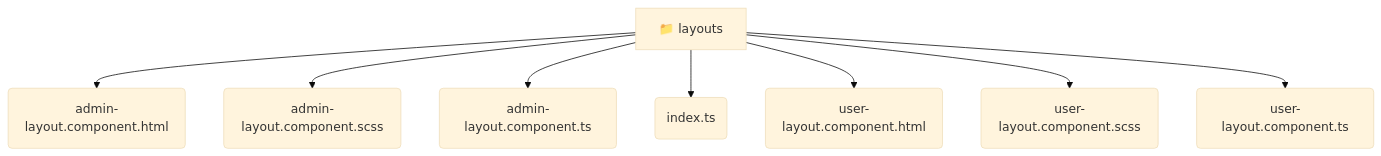
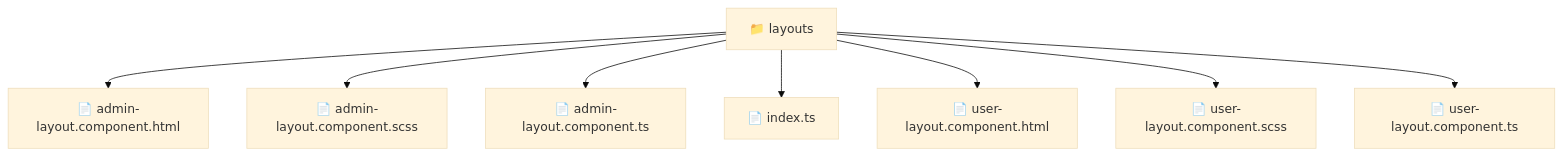
One commit to beginwebdev2002/fullstack-mavluda changed the diagram in frontend/src/widgets/layouts/README.md. Above: the diagram before and after it, drawn with Mermaid (base theme). The commit also changed other lines of this file and 163 other files, not shown here.

````diff
--- a/frontend/src/widgets/layouts/README.md
+++ b/frontend/src/widgets/layouts/README.md
@@ -11,11 +10,11 @@
 ```mermaid
 graph TD
-  layouts[📁 layouts]
-  layouts --> layouts_admin_layout_component_html(admin-layout.component.html)
-  layouts --> layouts_admin_layout_component_scss(admin-layout.component.scss)
-  layouts --> layouts_admin_layout_component_ts(admin-layout.component.ts)
-  layouts --> layouts_index_ts(index.ts)
-  layouts --> layouts_user_layout_component_html(user-layout.component.html)
-  layouts --> layouts_user_layout_component_scss(user-layout.component.scss)
-  layouts --> layouts_user_layout_component_ts(user-layout.component.ts)
+  Root["📁 layouts"]
+  Root --> adminlayoutcomponenthtml["📄 admin-layout.component.html"]
+  Root --> adminlayoutcomponentscss["📄 admin-layout.component.scss"]
+  Root --> adminlayoutcomponentts["📄 admin-layout.component.ts"]
+  Root --> indexts["📄 index.ts"]
+  Root --> userlayoutcomponenthtml["📄 user-layout.component.html"]
+  Root --> userlayoutcomponentscss["📄 user-layout.component.scss"]
+  Root --> userlayoutcomponentts["📄 user-layout.component.ts"]
 ```
````
